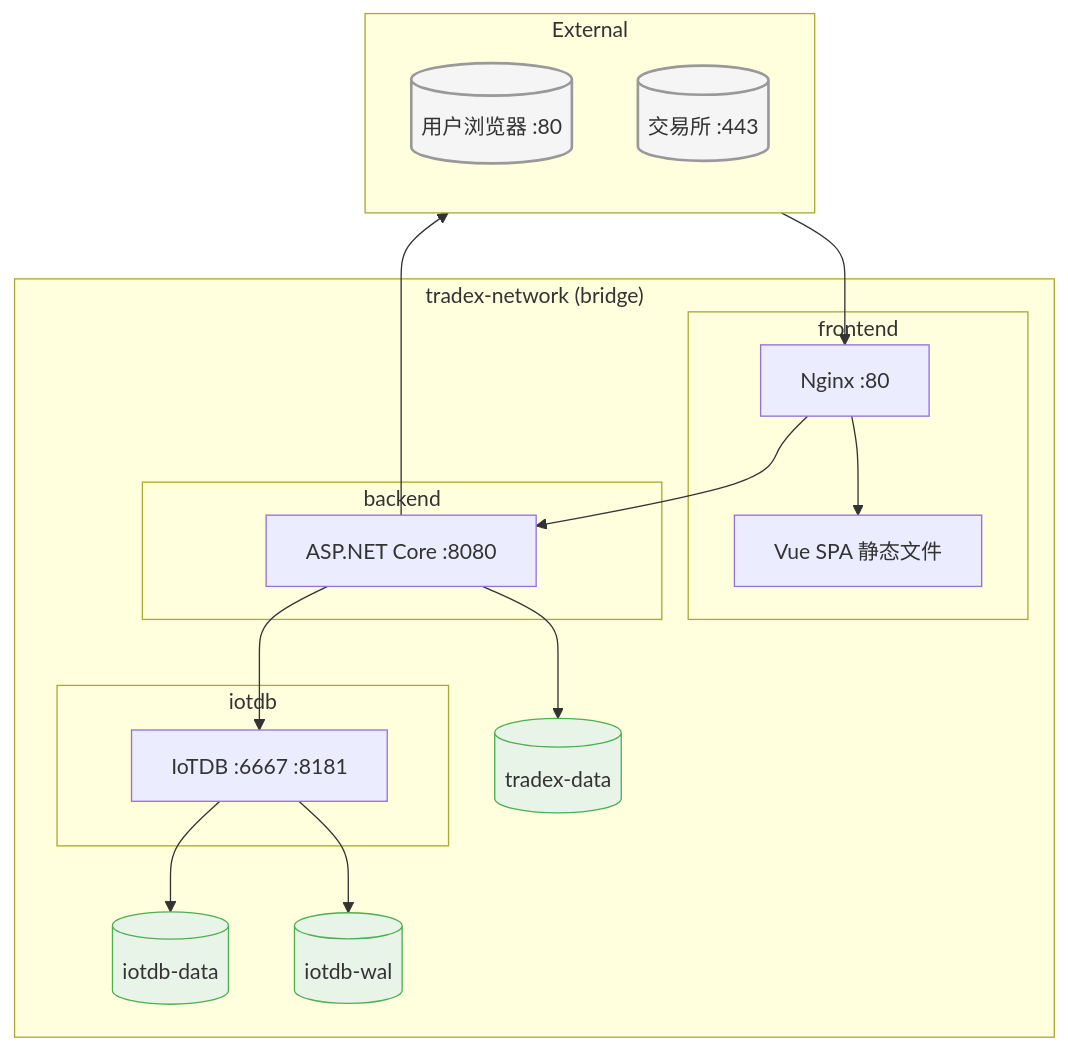
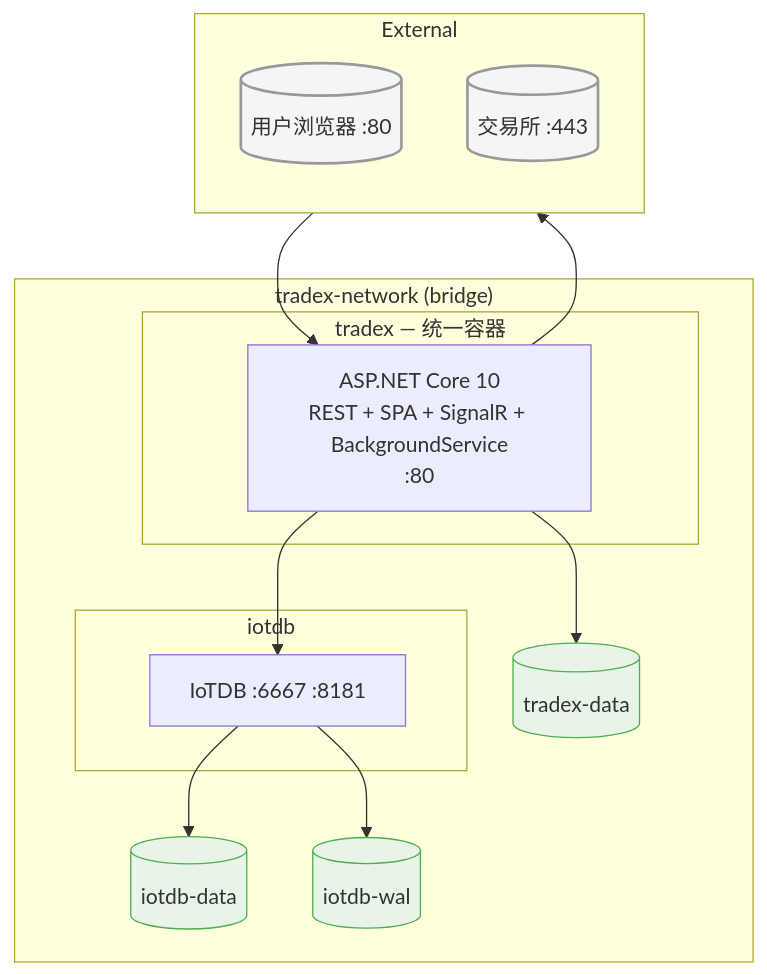
One commit to bambuo/TradeX changed diagram 15 of 15 in docs/TAD.md. Above: the diagram before and after it, drawn with Mermaid. The commit also changed other lines of this file and 207 other files, not shown here.

````diff
--- a/docs/TAD.md
+++ b/docs/TAD.md
@@ -902,42 +894,34 @@
 ```mermaid
 flowchart TB
   classDef external fill:#f5f5f5,color:#333,stroke:#999,stroke-width:2px
   classDef group fill:none,stroke:#666,stroke-width:2px,stroke-dasharray:5 5
   classDef volume fill:#e8f4e8,color:#333,stroke:#4caf50,stroke-width:1px
 
   subgraph External["External"]
     direction TB
     USER[("用户浏览器 :80")]:::external
     EXS[("交易所 :443")]:::external
   end
 
   subgraph NETWORK["tradex-network (bridge)"]
-    subgraph FE["frontend"]
-      NGINX[Nginx :80]
-      SPA[Vue SPA 静态文件]
-    end
-
-    subgraph BE["backend"]
-      API[ASP.NET Core :8080]
+    subgraph APP["tradex — 统一容器"]
+      API[ASP.NET Core 10<br/>REST + SPA + SignalR + BackgroundService<br/>:80]
     end
 
     subgraph TSDB["iotdb"]
       IOTDB[IoTDB :6667 :8181]
     end
 
     VOL_DATA[(tradex-data)]:::volume
     VOL_IOTDB_DATA[(iotdb-data)]:::volume
     VOL_IOTDB_WAL[(iotdb-wal)]:::volume
   end
 
-  USER --> NGINX
-  NGINX --> SPA
-  NGINX --> API
-
+  USER --> API
   API --> VOL_DATA
   API --> IOTDB
   API --> EXS
 
   IOTDB --> VOL_IOTDB_DATA
   IOTDB --> VOL_IOTDB_WAL
 ```
````
